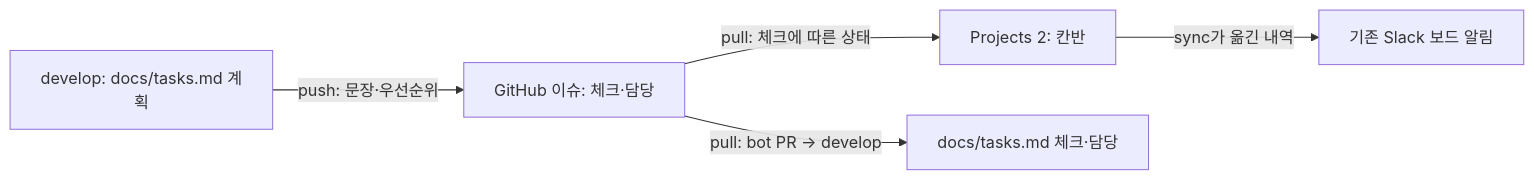
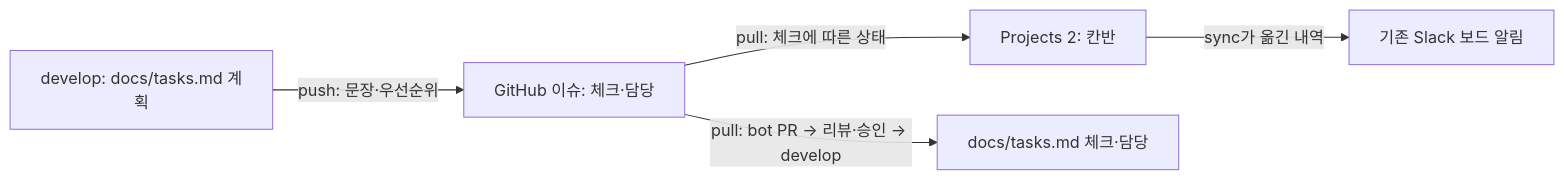
Before and after one commit to Softbank-Hackathon-Finals/platform: the diagram in docs/project-board.md, drawn with Mermaid. The commit also changed other lines of this file and 9 other files, not shown here.

````diff
--- a/docs/project-board.md
+++ b/docs/project-board.md
@@ -5,7 +5,7 @@
 ```mermaid
 flowchart LR
   Plan["develop: docs/tasks.md 계획"] -->|"push: 문장·우선순위"| Issue["GitHub 이슈: 체크·담당"]
   Issue -->|"pull: 체크에 따른 상태"| Board["Projects 2: 칸반"]
-  Issue -->|"pull: bot PR → develop"| Local["docs/tasks.md 체크·담당"]
+  Issue -->|"pull: bot PR → 리뷰·승인 → develop"| Local["docs/tasks.md 체크·담당"]
   Board -->|"sync가 옮긴 내역"| Slack["기존 Slack 보드 알림"]
 ```
````
